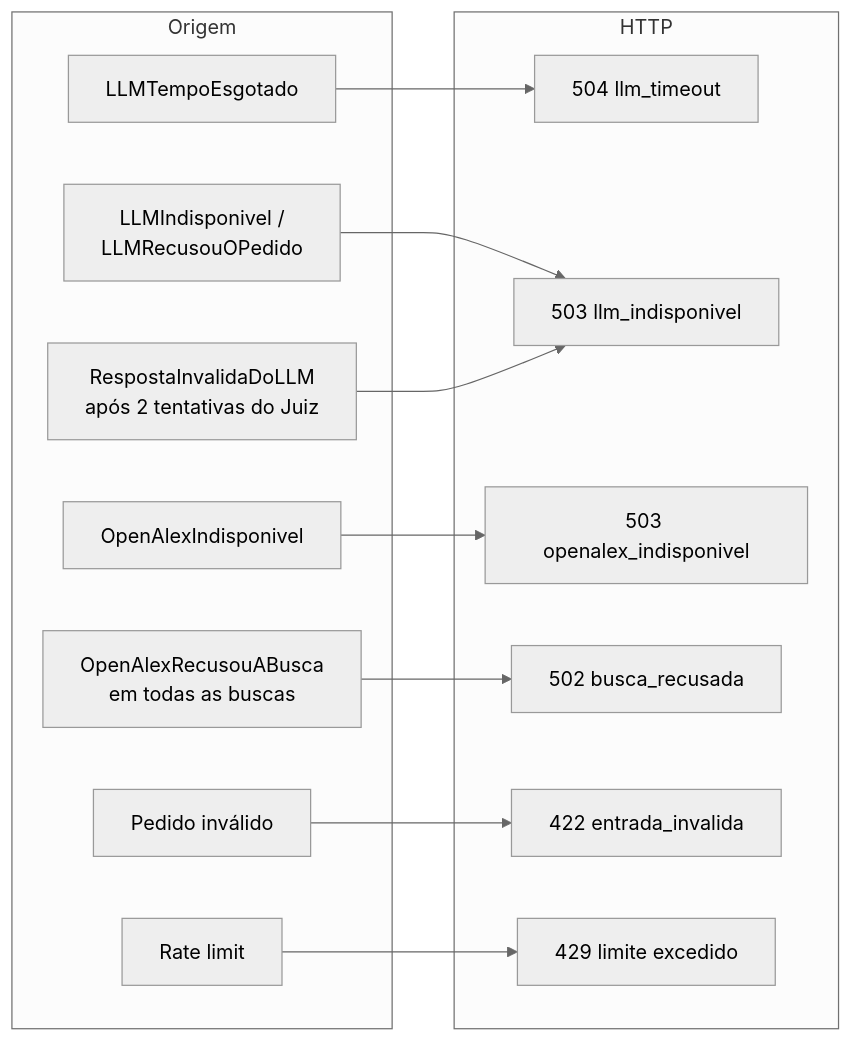
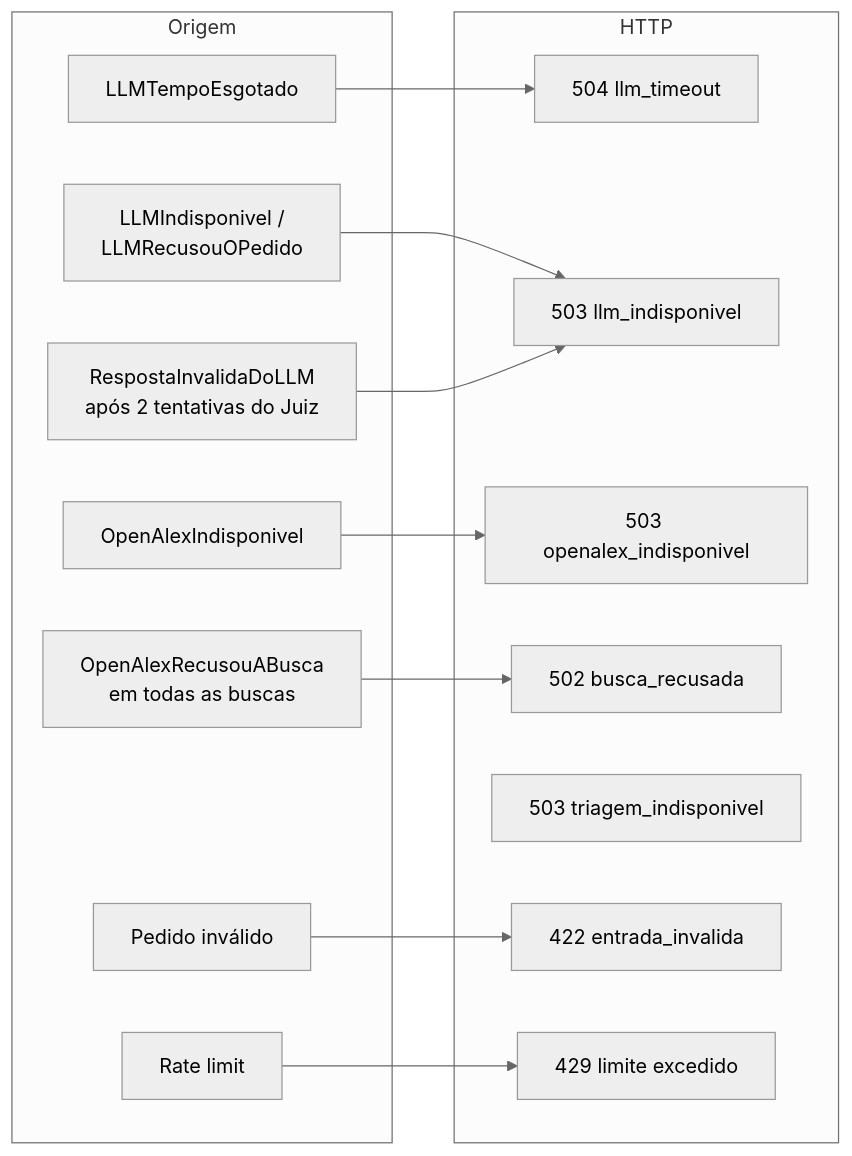
Diagram 20 of 21 in docs/pages/fluxo_agentes.md (unb-Sistemas-de-Machine-learning/challenge_1_arial_12), drawn with Mermaid (neutral theme) before and after one commit. The commit also changed other lines of this file and 18 other files, not shown here.

````diff
--- a/docs/pages/fluxo_agentes.md
+++ b/docs/pages/fluxo_agentes.md
@@ -617,27 +617,28 @@
 ```mermaid
 flowchart LR
     subgraph Origem
         e1["LLMTempoEsgotado"]
         e2["LLMIndisponivel /<br/>LLMRecusouOPedido"]
         e3["RespostaInvalidaDoLLM<br/>após 2 tentativas do Juiz"]
         e4["OpenAlexIndisponivel"]
         e4b["OpenAlexRecusouABusca<br/>em todas as buscas"]
         e5["Pedido inválido"]
         e6["Rate limit"]
     end
     subgraph HTTP
         r504["504 llm_timeout"]
         r503a["503 llm_indisponivel"]
         r503b["503 openalex_indisponivel"]
         r502["502 busca_recusada"]
+        r503c["503 triagem_indisponivel"]
         r422["422 entrada_invalida"]
         r429["429 limite excedido"]
     end
     e1 --> r504
     e2 --> r503a
     e3 --> r503a
     e4 --> r503b
     e4b --> r502
     e5 --> r422
     e6 --> r429
 ```
````
